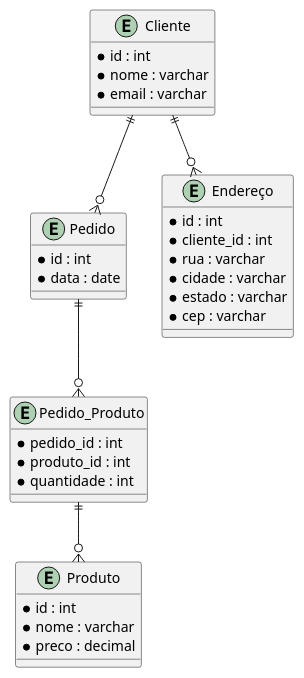
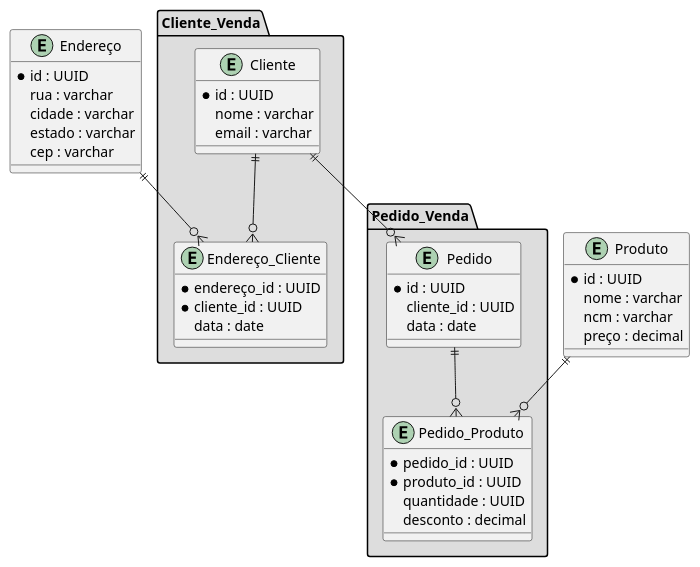
The diagram in ERD/erd1.md (GiovaniPM/MyCourses), drawn with PlantUML before and after one commit.

Commit message:
giova(LAPTOP-K5TUGPF) 241205173330

````diff
--- a/ERD/erd1.md
+++ b/ERD/erd1.md
@@ -1,40 +1,53 @@
 ```plantuml
 @startuml
-  entity "Cliente" {
-    * id : int
-    * nome : varchar
-    * email : varchar
+  
+  package "Cliente_Venda" #DDDDDD {
+    entity "Cliente" {
+      * id : UUID
+      nome : varchar
+      email : varchar
+    }
+    entity "Endereço_Cliente" {
+      * endereço_id : UUID
+      * cliente_id : UUID
+      data : date
+    }
   }
   
-  entity "Pedido" {
-    * id : int
-    * data : date
+  entity "Endereço" {
+    * id : UUID
+    rua : varchar
+    cidade : varchar
+    estado : varchar
+    cep : varchar
+  }
+  
+  package "Pedido_Venda" <<folder>> #DDDDDD {
+    entity "Pedido" {
+      * id : UUID
+      cliente_id : UUID
+      data : date
+    }
+    
+    entity "Pedido_Produto" {
+      * pedido_id : UUID
+      * produto_id : UUID
+      quantidade : UUID
+      desconto : decimal
+    }
   }
   
   entity "Produto" {
-    * id : int
-    * nome : varchar
-    * preco : decimal
+    * id : UUID
+    nome : varchar
+    ncm : varchar
+    preço : decimal
   }
   
-  entity "Pedido_Produto" {
-    * pedido_id : int
-    * produto_id : int
-    * quantidade : int
-  }
-  
-  entity "Endereço" {
-    * id : int
-    * cliente_id : int
-    * rua : varchar
-    * cidade : varchar
-    * estado : varchar
-    * cep : varchar
-  }
-  
-  Cliente ||--o{ Endereço
+  Cliente ||--o{ Endereço_Cliente
+  Endereço ||--o{ Endereço_Cliente
   Cliente ||--o{ Pedido
   Pedido ||--o{ Pedido_Produto
-  Pedido_Produto ||--o{ Produto
+  Produto ||--o{ Pedido_Produto
 @enduml
 ```
````
